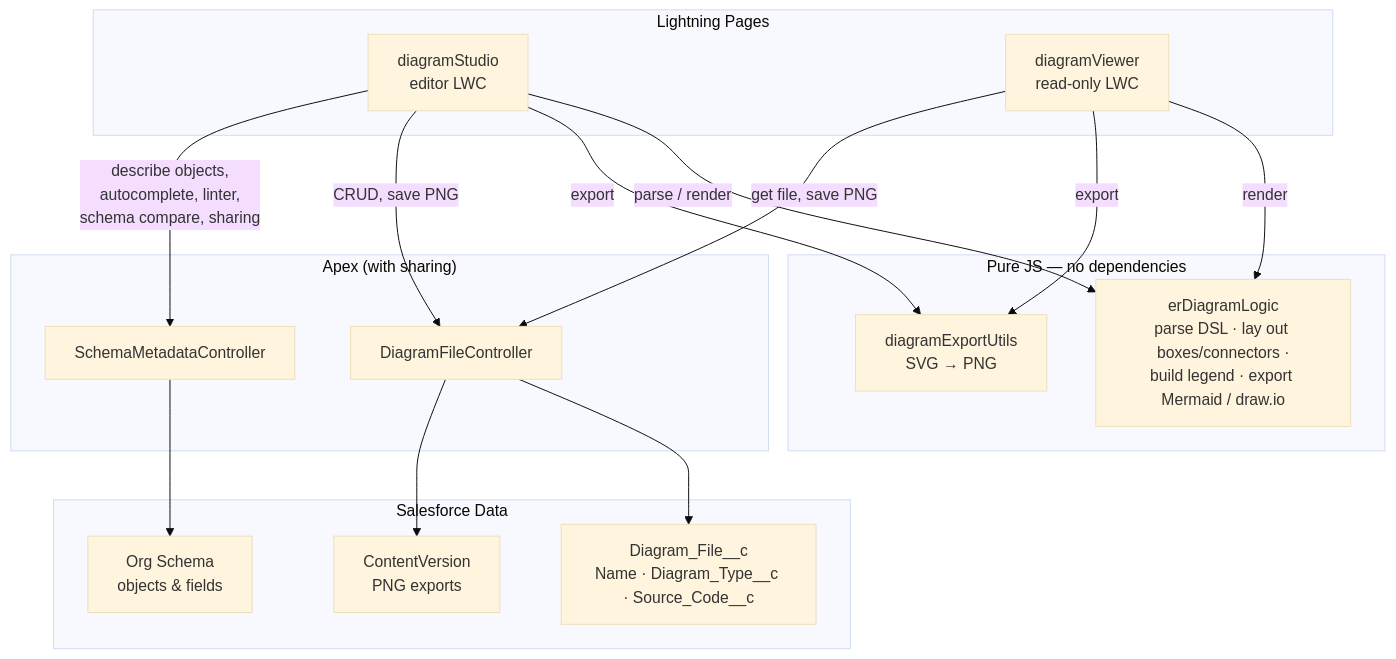
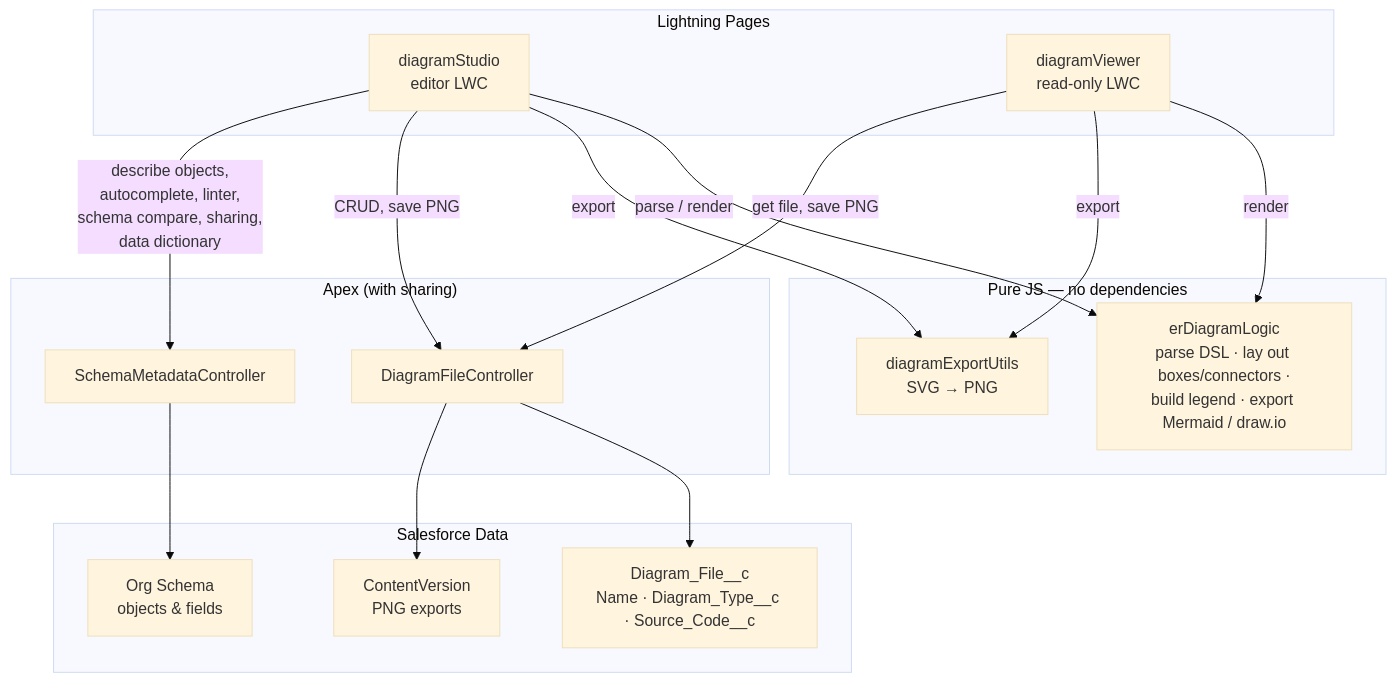
Before and after one commit to vikascohen/Salesforce-ER-Modeller-Studio: the diagram in README.md, drawn with Mermaid (base theme). The commit also changed other lines of this file and 7 other files, not shown here.

First line of the commit message:
Add Data Dictionary: full-screen object/field browser with Excel export

````diff
--- a/README.md
+++ b/README.md
@@ -117,36 +136,36 @@
 ```mermaid
 graph TD
     subgraph UI["Lightning Pages"]
         DS["diagramStudio<br/>editor LWC"]
         DV["diagramViewer<br/>read-only LWC"]
     end
 
     subgraph Logic["Pure JS — no dependencies"]
         ERL["erDiagramLogic<br/>parse DSL · lay out boxes/connectors ·<br/>build legend · export Mermaid / draw.io"]
         EXP["diagramExportUtils<br/>SVG → PNG"]
     end
 
     subgraph Apex["Apex (with sharing)"]
         DFC["DiagramFileController"]
         SMC["SchemaMetadataController"]
     end
 
     subgraph Data["Salesforce Data"]
         OBJ["Diagram_File__c<br/>Name · Diagram_Type__c · Source_Code__c"]
         FILES["ContentVersion<br/>PNG exports"]
         SCHEMA["Org Schema<br/>objects & fields"]
     end
 
     DS -- "parse / render" --> ERL
     DS -- "export" --> EXP
     DS -- "CRUD, save PNG" --> DFC
-    DS -- "describe objects,<br/>autocomplete, linter,<br/>schema compare, sharing" --> SMC
+    DS -- "describe objects,<br/>autocomplete, linter,<br/>schema compare, sharing,<br/>data dictionary" --> SMC
 
     DV -- "render" --> ERL
     DV -- "export" --> EXP
     DV -- "get file, save PNG" --> DFC
 
     DFC --> OBJ
     DFC --> FILES
     SMC --> SCHEMA
 ```
````
